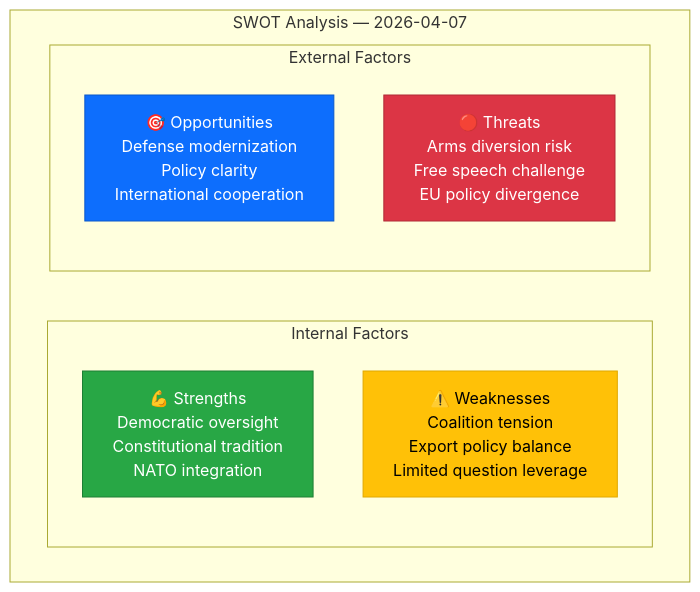
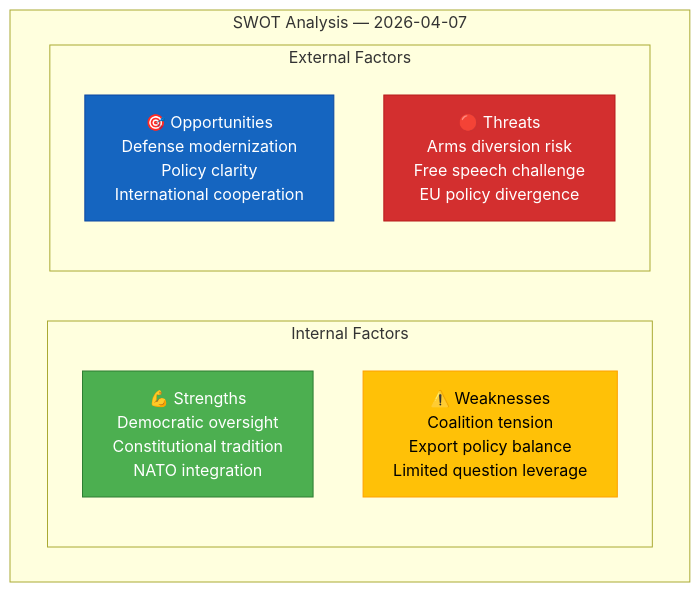
Before and after one commit to Hack23/riksdagsmonitor: the diagram in analysis/daily/2026-04-07/realtime-1026/swot-analysis.md, drawn with Mermaid. The commit also changed 785 other files, not shown here.

First line of the commit message:
Normalize mermaid colors across 786 analysis artifacts to ISMS Style Guide palette

````diff
--- a/analysis/daily/2026-04-07/realtime-1026/swot-analysis.md
+++ b/analysis/daily/2026-04-07/realtime-1026/swot-analysis.md
@@ -16,18 +16,18 @@
 ```mermaid
 graph TD
     subgraph "SWOT Analysis — 2026-04-07"
         subgraph "Internal Factors"
             S["💪 Strengths<br/>Democratic oversight<br/>Constitutional tradition<br/>NATO integration"]
             W["⚠️ Weaknesses<br/>Coalition tension<br/>Export policy balance<br/>Limited question leverage"]
         end
         subgraph "External Factors"
             O["🎯 Opportunities<br/>Defense modernization<br/>Policy clarity<br/>International cooperation"]
             T["🔴 Threats<br/>Arms diversion risk<br/>Free speech challenge<br/>EU policy divergence"]
         end
     end
 
-    style S fill:#28a745,stroke:#1e7e34,color:#fff
-    style W fill:#ffc107,stroke:#e0a800,color:#000
-    style O fill:#0d6efd,stroke:#0a58ca,color:#fff
-    style T fill:#dc3545,stroke:#b02a37,color:#fff
+    style S fill:#4CAF50,stroke:#2E7D32,color:#FFFFFF
+    style W fill:#FFC107,stroke:#FFA000,color:#000000
+    style O fill:#1565C0,stroke:#0D47A1,color:#FFFFFF
+    style T fill:#D32F2F,stroke:#B71C1C,color:#FFFFFF
 ```
````
